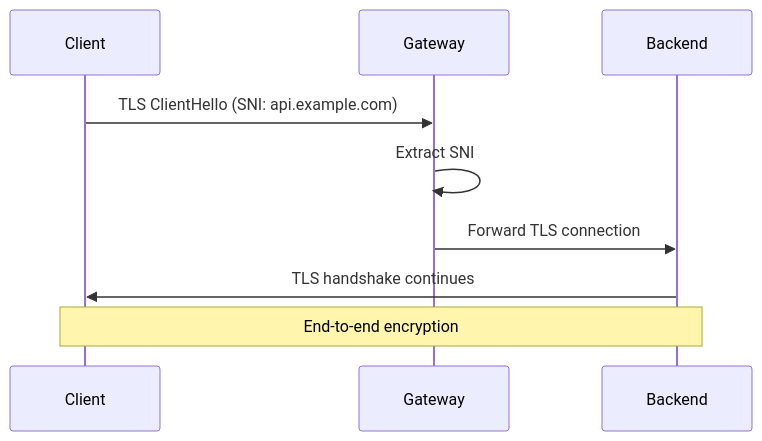
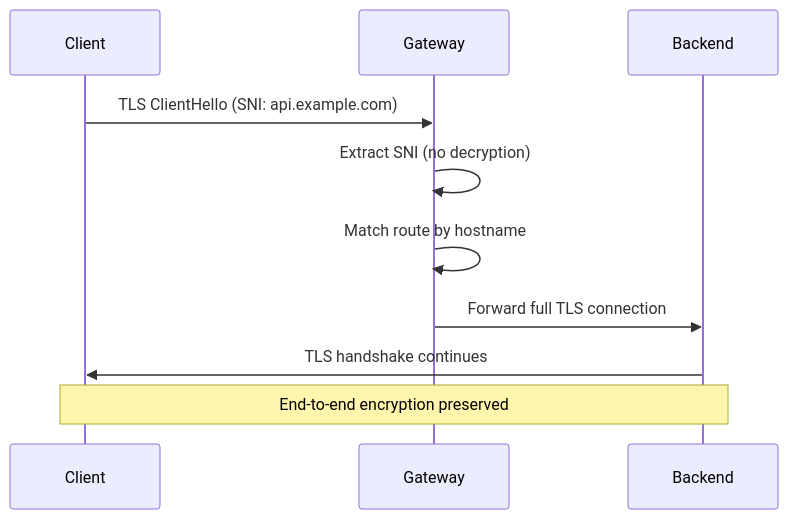
One commit to azrtydxb/novaedge changed the second of 2 diagrams in docs/user-guide/tls.md. Above: the diagram before and after it, drawn with Mermaid. The commit also changed other lines of this file and 33 other files, not shown here.

````diff
--- a/docs/user-guide/tls.md
+++ b/docs/user-guide/tls.md
@@ -137,12 +128,13 @@
 ```mermaid
 sequenceDiagram
     participant C as Client
     participant G as Gateway
     participant B as Backend
 
     C->>G: TLS ClientHello (SNI: api.example.com)
-    G->>G: Extract SNI
-    G->>B: Forward TLS connection
+    G->>G: Extract SNI (no decryption)
+    G->>G: Match route by hostname
+    G->>B: Forward full TLS connection
     B->>C: TLS handshake continues
-    Note over C,B: End-to-end encryption
+    Note over C,B: End-to-end encryption preserved
 ```
````
